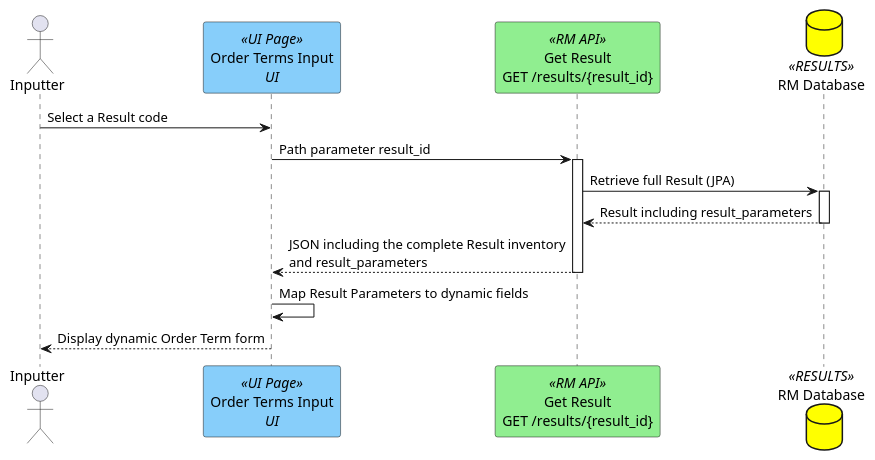
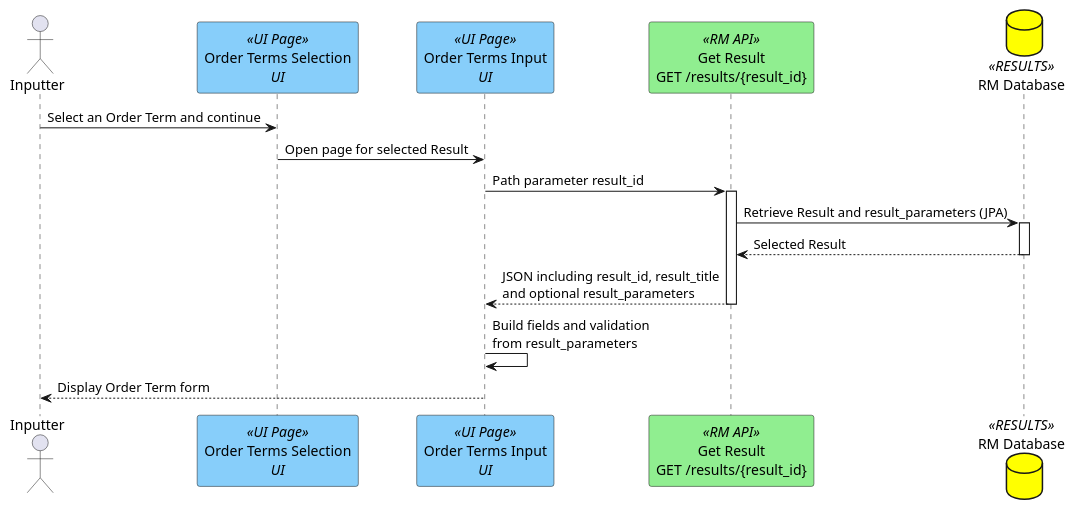
The diagram in plantUML/rm-create-case-file/get-result.puml (hmcts/opal-docs), drawn with PlantUML before and after one commit. The commit also changed 5 other files, not shown here.

Commit message:
Add RM Create Draft Casefile E2E updated diagrams

```diff
--- a/plantUML/rm-create-case-file/get-result.puml
+++ b/plantUML/rm-create-case-file/get-result.puml
@@ -1,14 +1,16 @@
 @startuml
 actor "Inputter" as user
-participant "Order Terms Input\n<i>UI</i>" as page <<UI Page>> #lightskyblue
+participant "Order Terms Selection\n<i>UI</i>" as selection <<UI Page>> #lightskyblue
+participant "Order Terms Input\n<i>UI</i>" as input <<UI Page>> #lightskyblue
 participant "Get Result\nGET /results/{result_id}" as api <<RM API>> #lightgreen
 database "RM Database" as db <<RESULTS>> #Yellow
 
-user -> page : Select a Result code
-page -> api ++ : Path parameter result_id
-api -> db ++ : Retrieve full Result (JPA)
-db --> api -- : Result including result_parameters
-api --> page -- : JSON including the complete Result inventory\nand result_parameters
-page -> page : Map Result Parameters to dynamic fields
-page --> user : Display dynamic Order Term form
+user -> selection : Select an Order Term and continue
+selection -> input : Open page for selected Result
+input -> api ++ : Path parameter result_id
+api -> db ++ : Retrieve Result and result_parameters (JPA)
+db --> api -- : Selected Result
+api --> input -- : JSON including result_id, result_title\nand optional result_parameters
+input -> input : Build fields and validation\nfrom result_parameters
+input --> user : Display Order Term form
 @enduml
```
